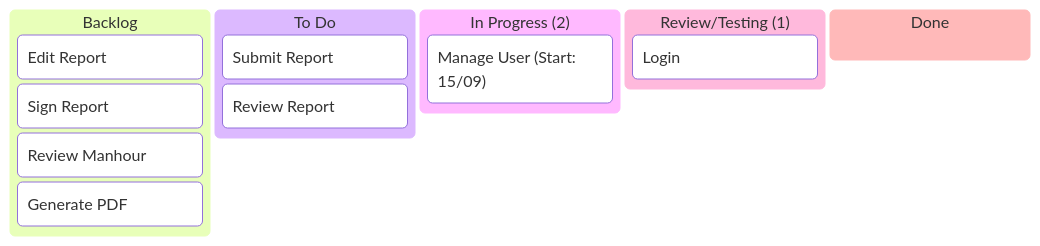
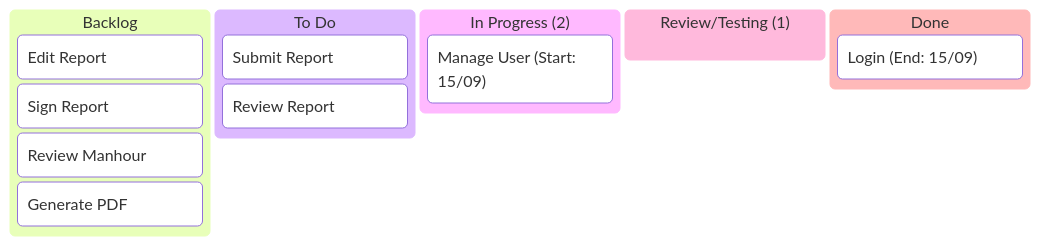
Before and after one commit to billdansr/kanban-boc-om: the diagram in Kanban/02-Kanban.md, drawn with Mermaid.

Commit message:
vault backup: 2025-09-21 20:25:40
Login: Review/Testing -> Done (End: 15/09)

````diff
--- a/Kanban/02-Kanban.md
+++ b/Kanban/02-Kanban.md
@@ -3,21 +3,20 @@
 ```mermaid
 kanban
   backlog[Backlog]
     b4[Edit Report]
     b5[Sign Report]
     b6[Review Manhour]
     b7[Generate PDF]
 
   todo[To Do]
       t2[Submit Report]
       t3[Review Report]
 
   inprogress["In Progress (2)"]
     i8["Manage User (Start: 15/09)"]
 
   review["Review/Testing (1)"]
-    r1[Login]
 
   done[Done]
-
+    d1["Login (End: 15/09)"]
 ```
````
